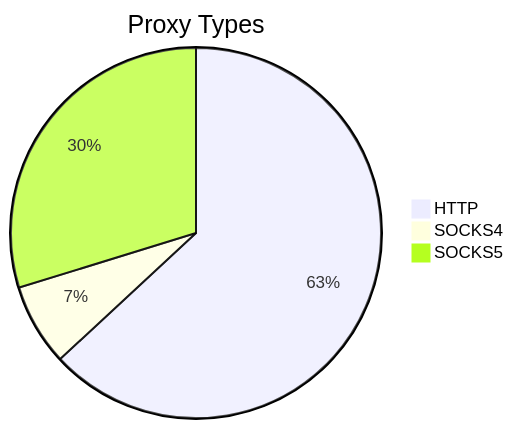
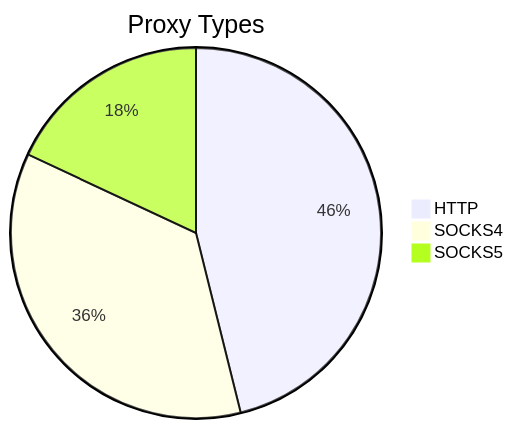
The first of 2 diagrams in README.md (stormsia/proxy-list), drawn with Mermaid before and after one commit. The commit also changed other lines of this file, not shown here.

````diff
--- a/README.md
+++ b/README.md
@@ -21,6 +21,6 @@
 ```mermaid
 pie title Proxy Types
-    "HTTP" : 106
-    "SOCKS4" : 12
-    "SOCKS5" : 50
+    "HTTP" : 202
+    "SOCKS4" : 157
+    "SOCKS5" : 79
 ```
````
